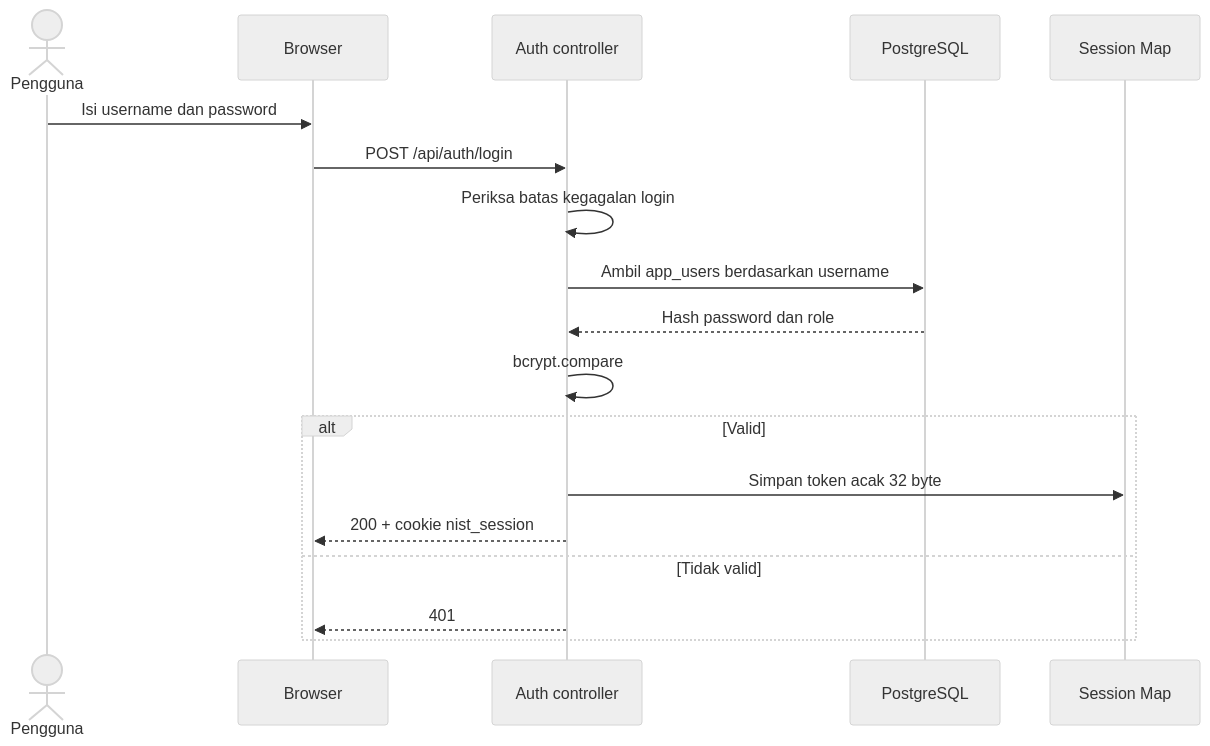
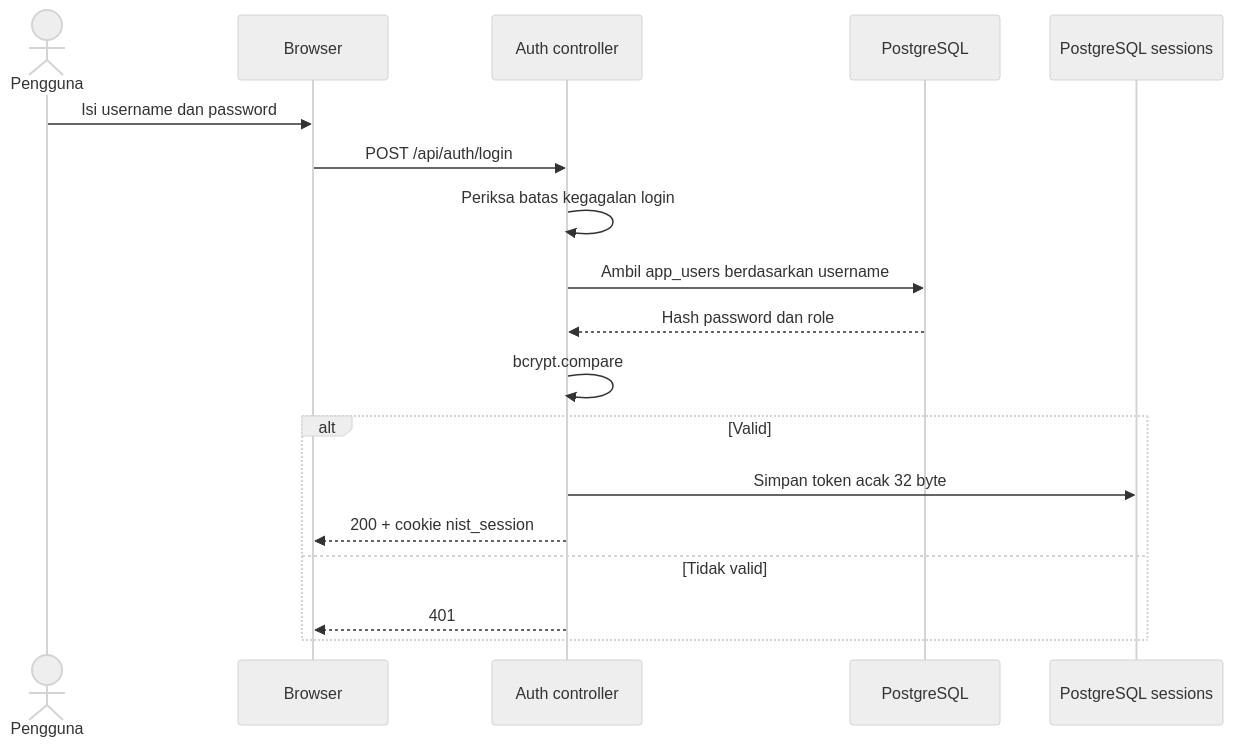
Before and after one commit to lukmanul160/IT-Security-Maturity-Basis-NIST-CSF-2.0-: the first of 4 diagrams in docs/LOW_LEVEL_DESIGN.md, drawn with Mermaid (neutral theme). The commit also changed other lines of this file and 244 other files, not shown here.

````diff
--- a/docs/LOW_LEVEL_DESIGN.md
+++ b/docs/LOW_LEVEL_DESIGN.md
@@ -51,20 +51,20 @@
 ```mermaid
 sequenceDiagram
     actor U as Pengguna
     participant B as Browser
     participant A as Auth controller
     participant D as PostgreSQL
-    participant S as Session Map
+    participant S as PostgreSQL sessions
     U->>B: Isi username dan password
     B->>A: POST /api/auth/login
     A->>A: Periksa batas kegagalan login
     A->>D: Ambil app_users berdasarkan username
     D-->>A: Hash password dan role
     A->>A: bcrypt.compare
     alt Valid
       A->>S: Simpan token acak 32 byte
       A-->>B: 200 + cookie nist_session
     else Tidak valid
       A-->>B: 401
     end
 ```
````
